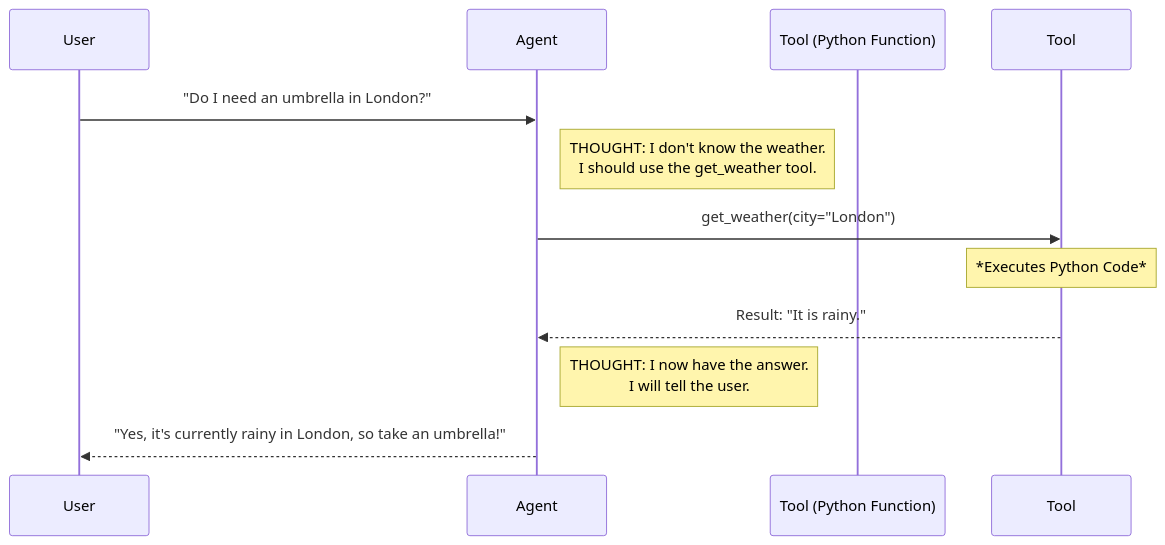
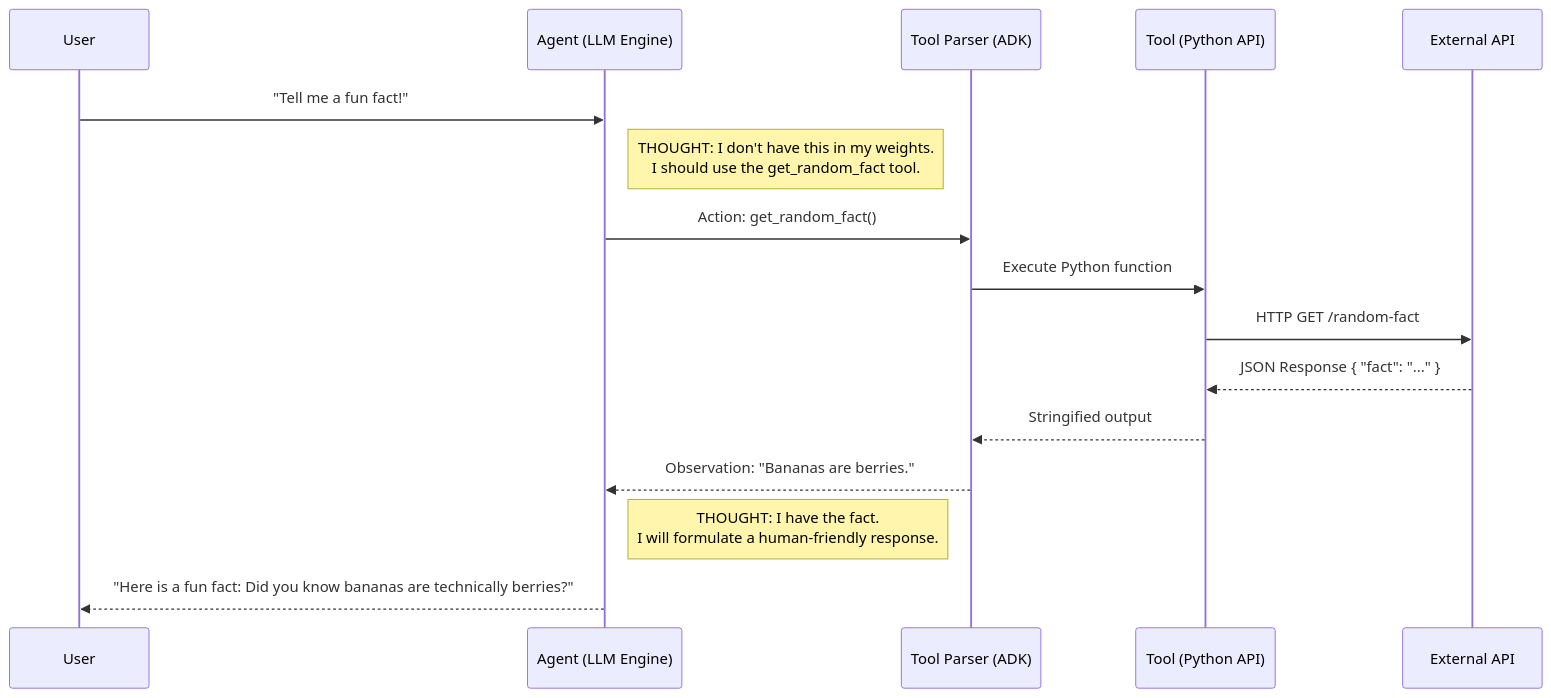
Before and after one commit to stmarkadebayo/BWAI-OAU_AI-Agents: the diagram in labs/01_beginner/02_tools_agent/README.md, drawn with Mermaid. The commit also changed 5 other files, not shown here.

Commit message:
improved remaining lab diagrams

````diff
--- a/labs/01_beginner/02_tools_agent/README.md
+++ b/labs/01_beginner/02_tools_agent/README.md
@@ -12,14 +12,19 @@
 ```mermaid
 sequenceDiagram
     participant User
-    participant Agent
-    participant Tool (Python Function)
+    participant Agent as Agent (LLM Engine)
+    participant Parser as Tool Parser (ADK)
+    participant Tool as Tool (Python API)
+    participant Internet as External API
 
-    User->>Agent: "Do I need an umbrella in London?"
-    Note right of Agent: THOUGHT: I don't know the weather.<br/>I should use the get_weather tool.
-    Agent->>Tool: get_weather(city="London")
-    Note over Tool: *Executes Python Code*
-    Tool-->>Agent: Result: "It is rainy."
-    Note right of Agent: THOUGHT: I now have the answer.<br/>I will tell the user.
-    Agent-->>User: "Yes, it's currently rainy in London, so take an umbrella!"
+    User->>Agent: "Tell me a fun fact!"
+    Note right of Agent: THOUGHT: I don't have this in my weights.<br/>I should use the get_random_fact tool.
+    Agent->>Parser: Action: get_random_fact()
+    Parser->>Tool: Execute Python function
+    Tool->>Internet: HTTP GET /random-fact
+    Internet-->>Tool: JSON Response { "fact": "..." }
+    Tool-->>Parser: Stringified output
+    Parser-->>Agent: Observation: "Bananas are berries."
+    Note right of Agent: THOUGHT: I have the fact.<br/>I will formulate a human-friendly response.
+    Agent-->>User: "Here is a fun fact: Did you know bananas are technically berries?"
 ```
````
